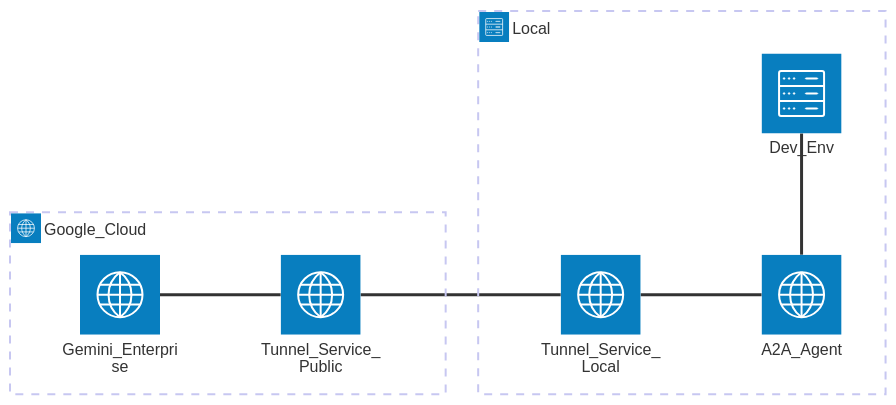
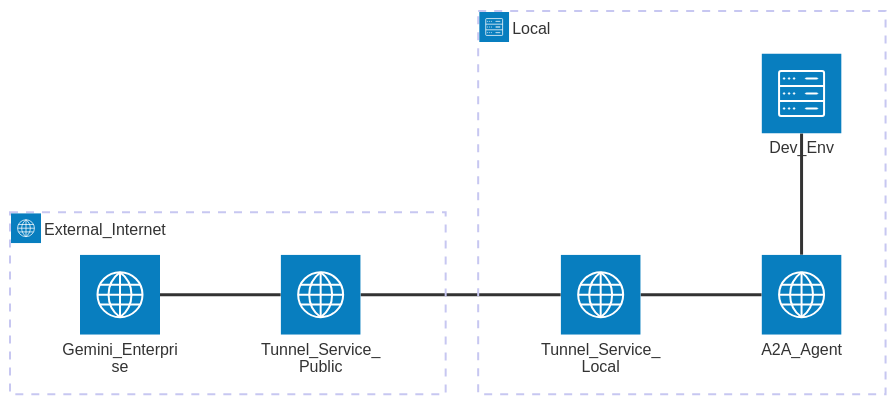
Before and after one commit to se02035/public: the diagram in 02-ge-local-agents-with-tunnel/README.md, drawn with Mermaid.

````diff
--- a/02-ge-local-agents-with-tunnel/README.md
+++ b/02-ge-local-agents-with-tunnel/README.md
@@ -56,16 +56,16 @@
 ```mermaid
 architecture-beta
-    group ext(internet)[Google_Cloud]
+    group ext(internet)[External_Internet]
     group lm(server)[Local]
 
     service ge(internet)[Gemini_Enterprise] in ext
     service ptnl(internet)[Tunnel_Service_Public] in ext
     service lcl(server)[Dev_Env] in lm
     service agent(internet)[A2A_Agent] in lm
     service ltnl(internet)[Tunnel_Service_Local] in lm
 
     ge:R -- L:ptnl
     lcl:B -- T:agent
     ltnl:R -- L:agent
     ptnl:R -- L:ltnl
 ```
````
